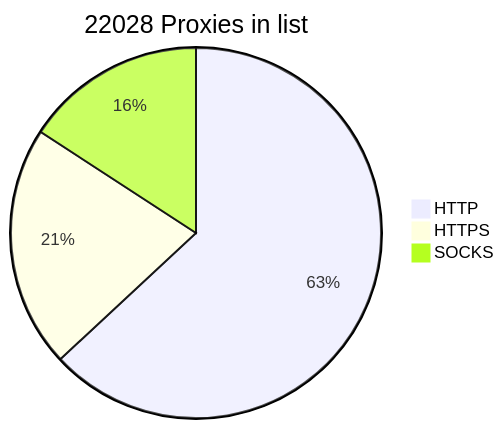
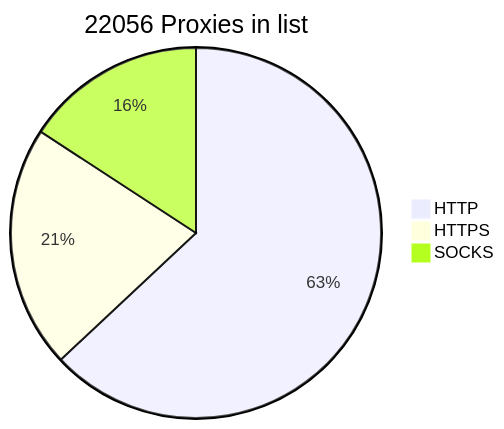
The diagram in README.md (BlackSnowDot/proxylist-update-every-minute), drawn with Mermaid before and after one commit.

````diff
--- a/README.md
+++ b/README.md
@@ -2,6 +2,6 @@
 ```mermaid
-pie title 22028 Proxies in list
-    "HTTP" : 15838
-    "HTTPS": 5299
+pie title 22056 Proxies in list
+    "HTTP" : 15842
+    "HTTPS": 5325
     "SOCKS" : 3971
 ```
````
